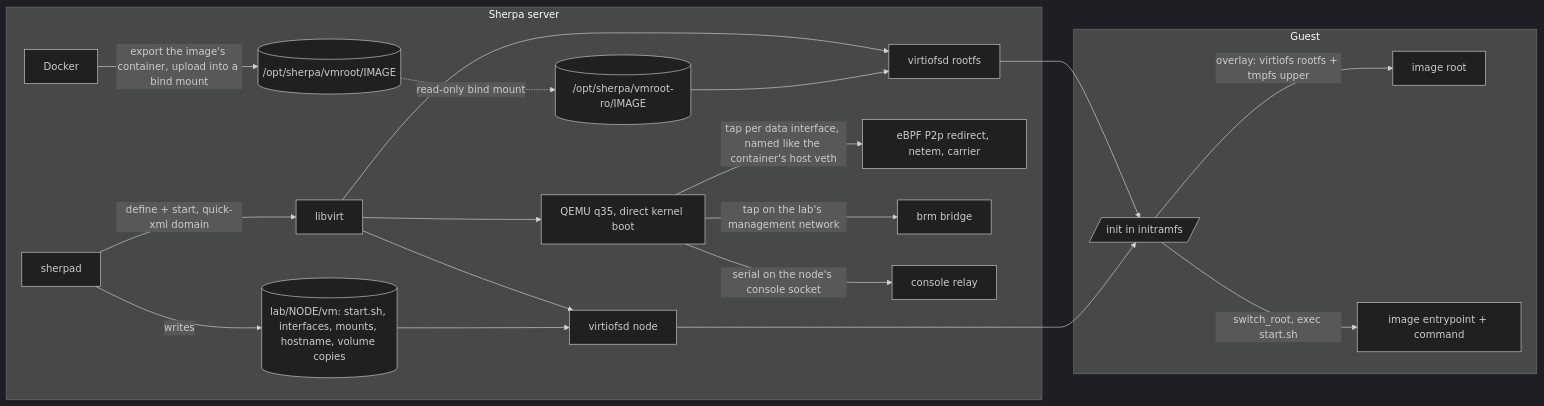
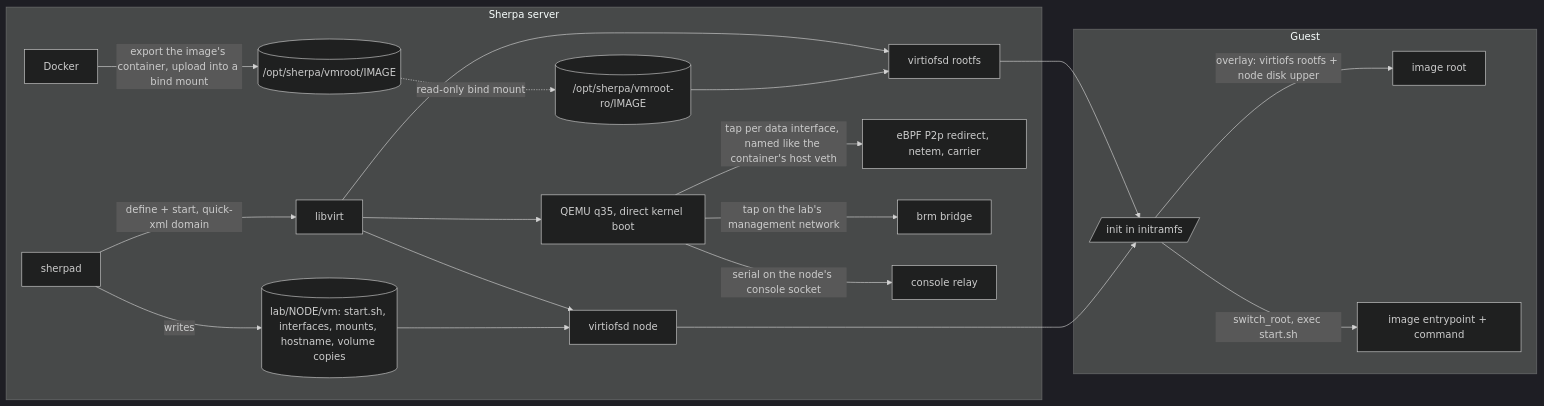
Before and after one commit to bwks/sherpa: the diagram in docs/architecture/CONTAINER_VM.md, drawn with Mermaid (dark theme). The commit also changed other lines of this file and 5 other files, not shown here.

First line of the commit message:
feat(container): keep a container VM's changes on a per-node disk (#683)

````diff
--- a/docs/architecture/CONTAINER_VM.md
+++ b/docs/architecture/CONTAINER_VM.md
@@ -13,22 +13,22 @@
 ```mermaid
 flowchart LR
   subgraph host[Sherpa server]
     D[Docker] -->|export the image's container, upload into a bind mount| R[(/opt/sherpa/vmroot/IMAGE)]
     R -. read-only bind mount .-> RO[(/opt/sherpa/vmroot-ro/IMAGE)]
     S[sherpad] -->|writes| N[(lab/NODE/vm: start.sh, interfaces, mounts, hostname, volume copies)]
     S -->|define + start, quick-xml domain| L[libvirt]
     L --> Q[QEMU q35, direct kernel boot]
     L --> V1[virtiofsd rootfs] & V2[virtiofsd node]
     RO --> V1
     N --> V2
     Q -->|tap per data interface, named like the container's host veth| E[eBPF P2p redirect, netem, carrier]
     Q -->|tap on the lab's management network| M[brm bridge]
     Q -->|serial on the node's console socket| C[console relay]
   end
   subgraph guest[Guest]
-    I[/init in initramfs/] -->|overlay: virtiofs rootfs + tmpfs upper| O[image root]
+    I[/init in initramfs/] -->|overlay: virtiofs rootfs + node disk upper| O[image root]
     I -->|switch_root, exec start.sh| P[image entrypoint + command]
   end
   V1 --> I
   V2 --> I
 ```
````
